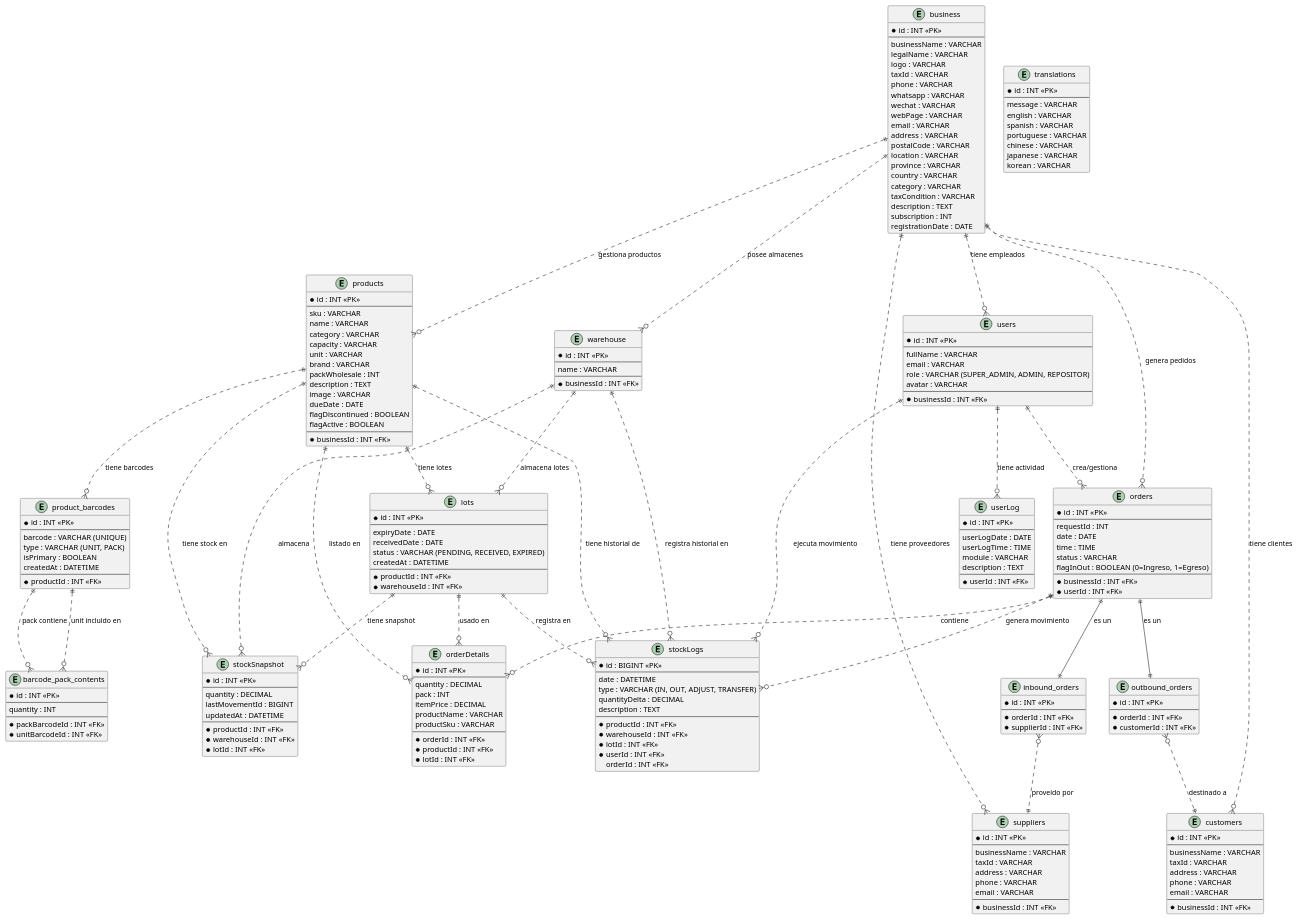
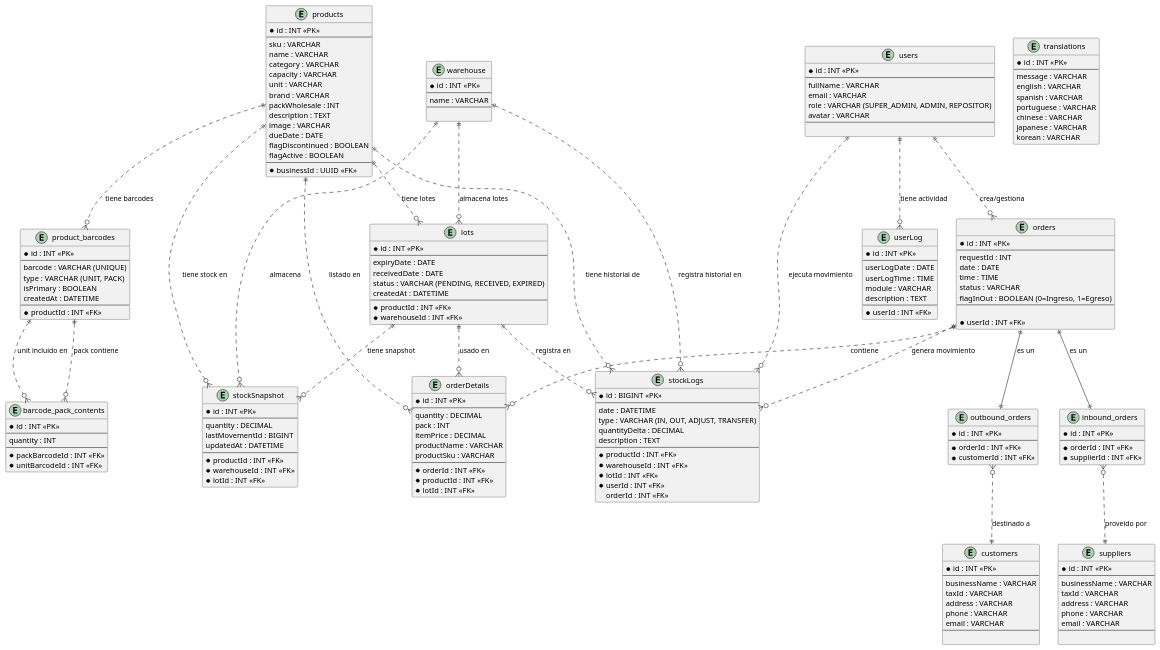
Before and after one commit to HaomaiDesign/Haomai-WMS: the diagram in docs/data-model/DiagramaEntidadRelacion.puml, drawn with PlantUML. The commit also changed 29 other files, not shown here.

```diff
--- a/docs/data-model/DiagramaEntidadRelacion.puml
+++ b/docs/data-model/DiagramaEntidadRelacion.puml
@@ -8,29 +8,7 @@
 
 ' Entidades Principales
 
-entity "business" as business {
-  *id : INT <<PK>>
-  --
-  businessName : VARCHAR
-  legalName : VARCHAR
-  logo : VARCHAR
-  taxId : VARCHAR
-  phone : VARCHAR
-  whatsapp : VARCHAR
-  wechat : VARCHAR
-  webPage : VARCHAR
-  email : VARCHAR
-  address : VARCHAR
-  postalCode : VARCHAR
-  location : VARCHAR
-  province : VARCHAR
-  country : VARCHAR
-  category : VARCHAR
-  taxCondition : VARCHAR
-  description : TEXT
-  subscription : INT
-  registrationDate : DATE
-}
+
 
 entity "products" as products {
   *id : INT <<PK>>
@@ -48,7 +26,7 @@
   flagDiscontinued : BOOLEAN
   flagActive : BOOLEAN
   --
-  *businessId : INT <<FK>>
+  *businessId : UUID <<FK>>
 }
 
 entity "warehouse" as warehouse {
@@ -56,7 +34,7 @@
   --
   name : VARCHAR
   --
-  *businessId : INT <<FK>>
+
 }
 
 ' Lotes de Productos
@@ -132,7 +110,7 @@
   status : VARCHAR
   flagInOut : BOOLEAN (0=Ingreso, 1=Egreso)
   --
-  *businessId : INT <<FK>>
+
   *userId : INT <<FK>>
 }
 
@@ -173,7 +151,7 @@
   phone : VARCHAR
   email : VARCHAR
   --
-  *businessId : INT <<FK>>
+
 }
 
 entity "customers" as customers {
@@ -185,7 +163,7 @@
   phone : VARCHAR
   email : VARCHAR
   --
-  *businessId : INT <<FK>>
+
 }
 
 entity "users" as users {
@@ -196,7 +174,7 @@
   role : VARCHAR (SUPER_ADMIN, ADMIN, REPOSITOR)
   avatar : VARCHAR
   --
-  *businessId : INT <<FK>>
+
 }
 
 entity "userLog" as userLog {
@@ -222,13 +200,7 @@
   korean : VARCHAR
 }
 
-' Relaciones con Business (empresa/organización)
-business ||..o{ users : "tiene empleados"
-business ||..o{ products : "gestiona productos"
-business ||..o{ warehouse : "posee almacenes"
-business ||..o{ orders : "genera pedidos"
-business ||..o{ suppliers : "tiene proveedores"
-business ||..o{ customers : "tiene clientes"
+
 
 ' Lotes
 products ||..o{ lots : "tiene lotes"
```
